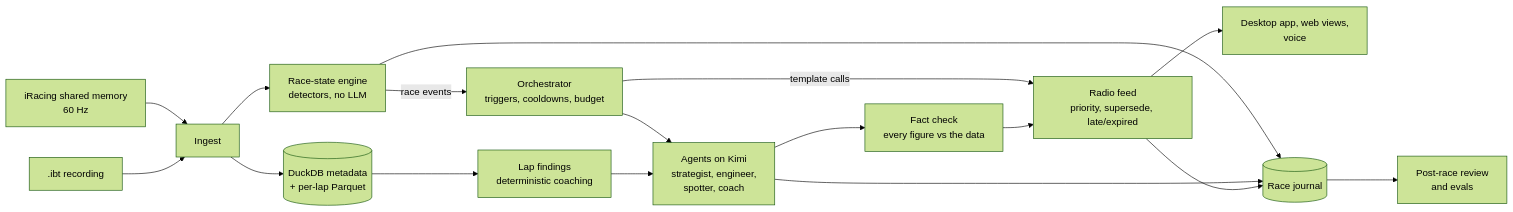
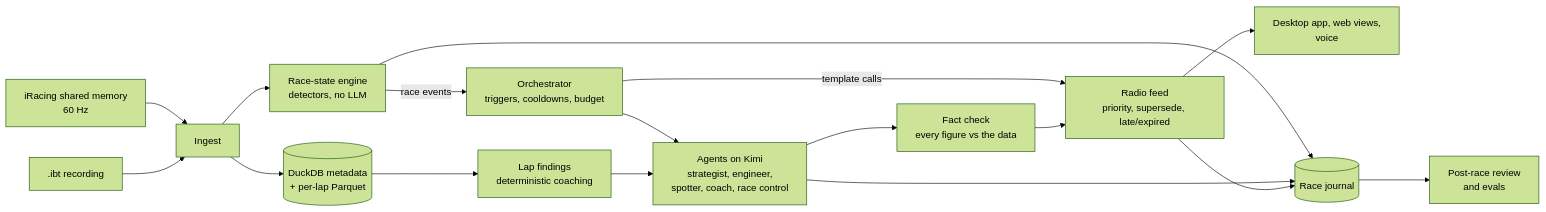
The diagram in README.md (kruslim/racing-telemetry-visualiser), drawn with Mermaid (forest theme) before and after one commit. The commit also changed other lines of this file and 32 other files, not shown here.

First line of the commit message:
Add a race-control agent to the pitwall

````diff
--- a/README.md
+++ b/README.md
@@ -70,19 +70,19 @@
 ```mermaid
 flowchart LR
     A[iRacing shared memory<br/>60 Hz] --> I[Ingest]
     B[.ibt recording] --> I
     I --> S[(DuckDB metadata<br/>+ per-lap Parquet)]
     I --> E[Race-state engine<br/>detectors, no LLM]
     S --> F[Lap findings<br/>deterministic coaching]
     E -- race events --> O[Orchestrator<br/>triggers, cooldowns, budget]
     O -- template calls --> R
-    O --> G[Agents on Kimi<br/>strategist, engineer,<br/>spotter, coach]
+    O --> G[Agents on Kimi<br/>strategist, engineer,<br/>spotter, coach, race control]
     F --> G
     G --> V[Fact check<br/>every figure vs the data]
     V --> R[Radio feed<br/>priority, supersede, late/expired]
     R --> U[Desktop app, web views,<br/>voice]
     E --> J[(Race journal)]
     G --> J
     R --> J
     J --> P[Post-race review<br/>and evals]
 ```
````
